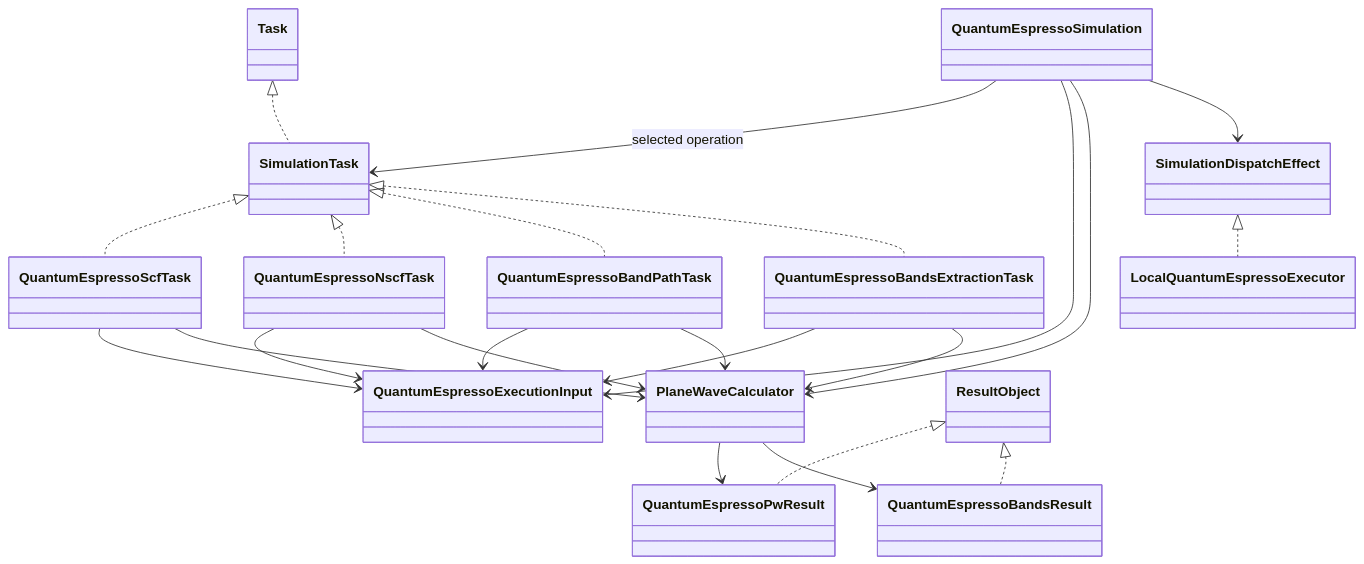
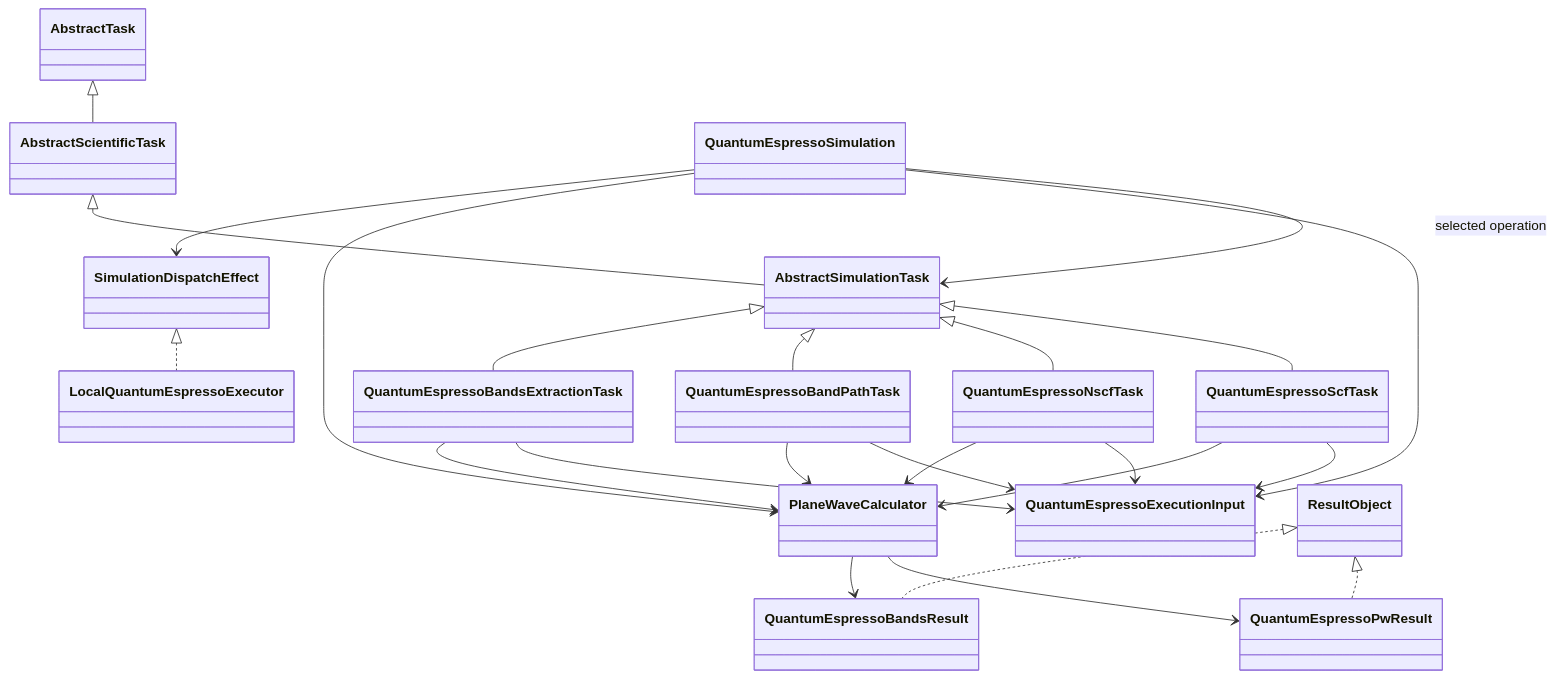
The first of 2 diagrams in docs/architecture/v2/ksdft2effmass/workflows/simulation-task-model.md (eragasa/ksdft2effmass), drawn with Mermaid before and after one commit. The commit also changed other lines of this file and 4 other files, not shown here.

Commit message:
docs(workflow): define simulation task ABC

````diff
--- a/docs/architecture/v2/ksdft2effmass/workflows/simulation-task-model.md
+++ b/docs/architecture/v2/ksdft2effmass/workflows/simulation-task-model.md
@@ -51,40 +60,42 @@
 ```mermaid
 classDiagram
-    class Task
-    class SimulationTask
+    class AbstractTask
+    class AbstractScientificTask
+    class AbstractSimulationTask
     class QuantumEspressoScfTask
     class QuantumEspressoNscfTask
     class QuantumEspressoBandPathTask
     class QuantumEspressoBandsExtractionTask
     class QuantumEspressoSimulation
     class QuantumEspressoExecutionInput
     class QuantumEspressoPwResult
     class QuantumEspressoBandsResult
     class PlaneWaveCalculator
     class SimulationDispatchEffect
     class LocalQuantumEspressoExecutor
     class ResultObject
 
-    Task <|.. SimulationTask
-    SimulationTask <|.. QuantumEspressoScfTask
-    SimulationTask <|.. QuantumEspressoNscfTask
-    SimulationTask <|.. QuantumEspressoBandPathTask
-    SimulationTask <|.. QuantumEspressoBandsExtractionTask
+    AbstractTask <|-- AbstractScientificTask
+    AbstractScientificTask <|-- AbstractSimulationTask
+    AbstractSimulationTask <|-- QuantumEspressoScfTask
+    AbstractSimulationTask <|-- QuantumEspressoNscfTask
+    AbstractSimulationTask <|-- QuantumEspressoBandPathTask
+    AbstractSimulationTask <|-- QuantumEspressoBandsExtractionTask
     QuantumEspressoScfTask --> QuantumEspressoExecutionInput
     QuantumEspressoNscfTask --> QuantumEspressoExecutionInput
     QuantumEspressoBandPathTask --> QuantumEspressoExecutionInput
     QuantumEspressoBandsExtractionTask --> QuantumEspressoExecutionInput
     QuantumEspressoScfTask --> PlaneWaveCalculator
     QuantumEspressoNscfTask --> PlaneWaveCalculator
     QuantumEspressoBandPathTask --> PlaneWaveCalculator
     QuantumEspressoBandsExtractionTask --> PlaneWaveCalculator
-    QuantumEspressoSimulation --> SimulationTask : selected operation
+    QuantumEspressoSimulation --> AbstractSimulationTask : selected operation
     QuantumEspressoSimulation --> QuantumEspressoExecutionInput
     QuantumEspressoSimulation --> PlaneWaveCalculator
     QuantumEspressoSimulation --> SimulationDispatchEffect
     SimulationDispatchEffect <|.. LocalQuantumEspressoExecutor
     PlaneWaveCalculator --> QuantumEspressoPwResult
     PlaneWaveCalculator --> QuantumEspressoBandsResult
     ResultObject <|.. QuantumEspressoPwResult
     ResultObject <|.. QuantumEspressoBandsResult
 ```
````
